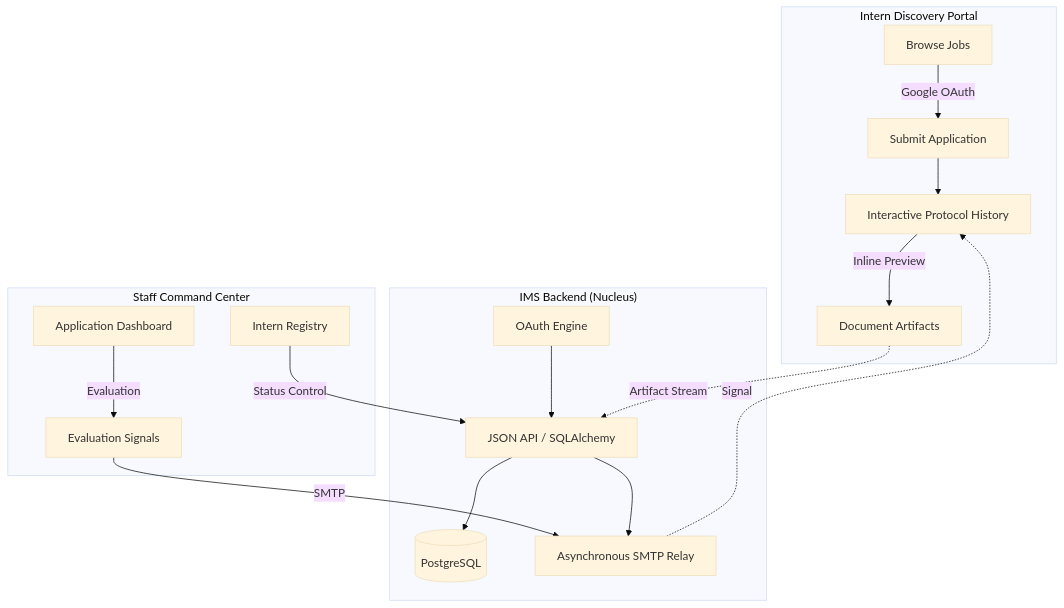
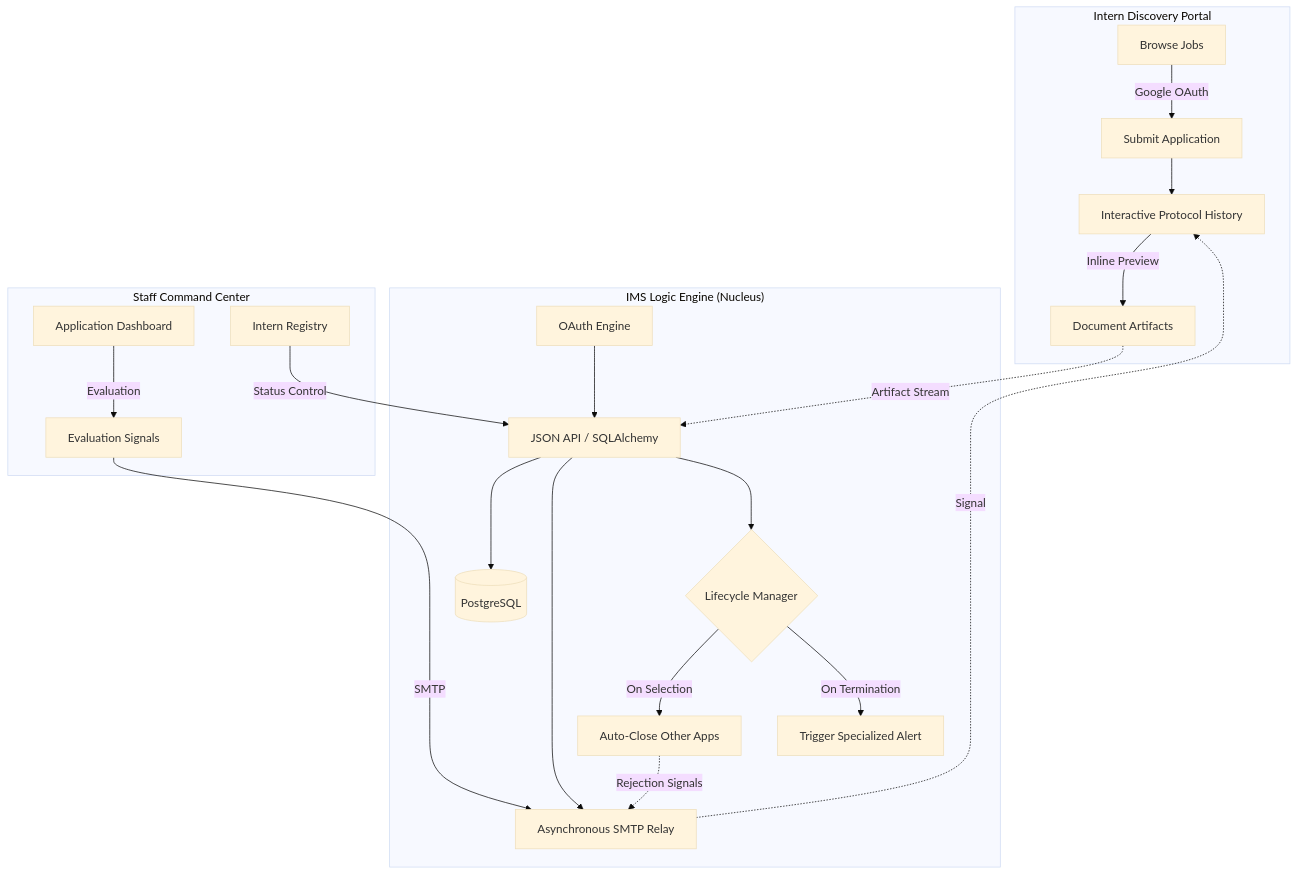
The diagram in README.md (Viraj-005/LoopLab-IMS), drawn with Mermaid (base theme) before and after one commit. The commit also changed other lines of this file, not shown here.

Commit message:
updated the readme file

````diff
--- a/README.md
+++ b/README.md
@@ -25,23 +25,27 @@
 ```mermaid
 graph TD
     subgraph "Intern Discovery Portal"
         A[Browse Jobs] -->|Google OAuth| B[Submit Application]
         B --> C[Interactive Protocol History]
         C -->|Inline Preview| D[Document Artifacts]
     end
 
-    subgraph "IMS Backend (Nucleus)"
+    subgraph "IMS Logic Engine (Nucleus)"
         E[OAuth Engine] --> F[JSON API / SQLAlchemy]
         F --> G[(PostgreSQL)]
         F --> H[Asynchronous SMTP Relay]
+        F --> L{Lifecycle Manager}
+        L -->|On Selection| M[Auto-Close Other Apps]
+        L -->|On Termination| N[Trigger Specialized Alert]
     end
 
     subgraph "Staff Command Center"
         I[Application Dashboard] -->|Evaluation| J[Evaluation Signals]
         J -->|SMTP| H
         K[Intern Registry] -->|Status Control| F
     end
 
     D -.->|Artifact Stream| F
+    M -.->|Rejection Signals| H
     H -.->|Signal| C
 ```
````
